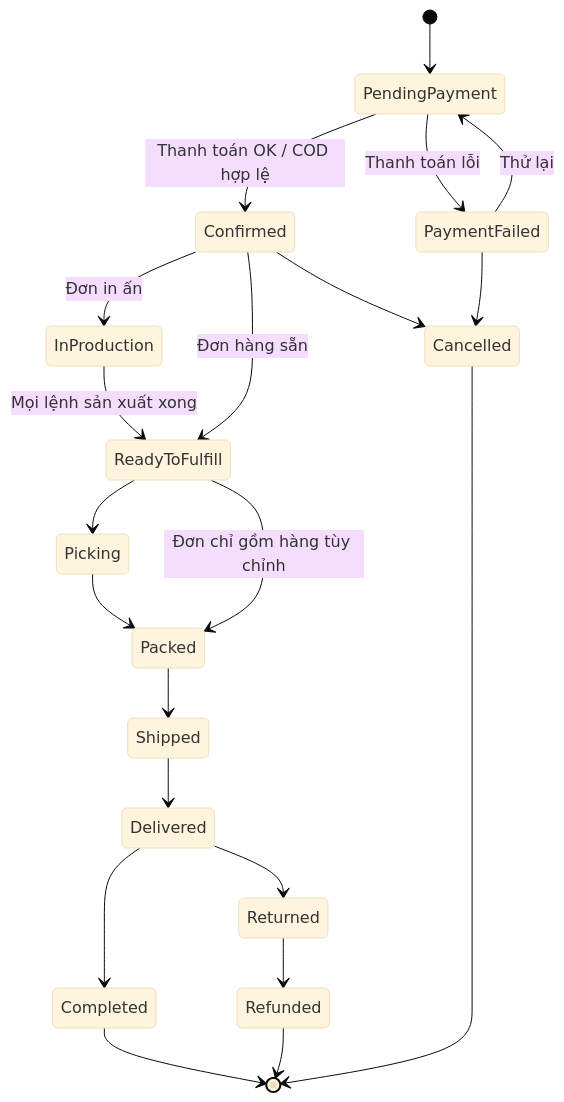
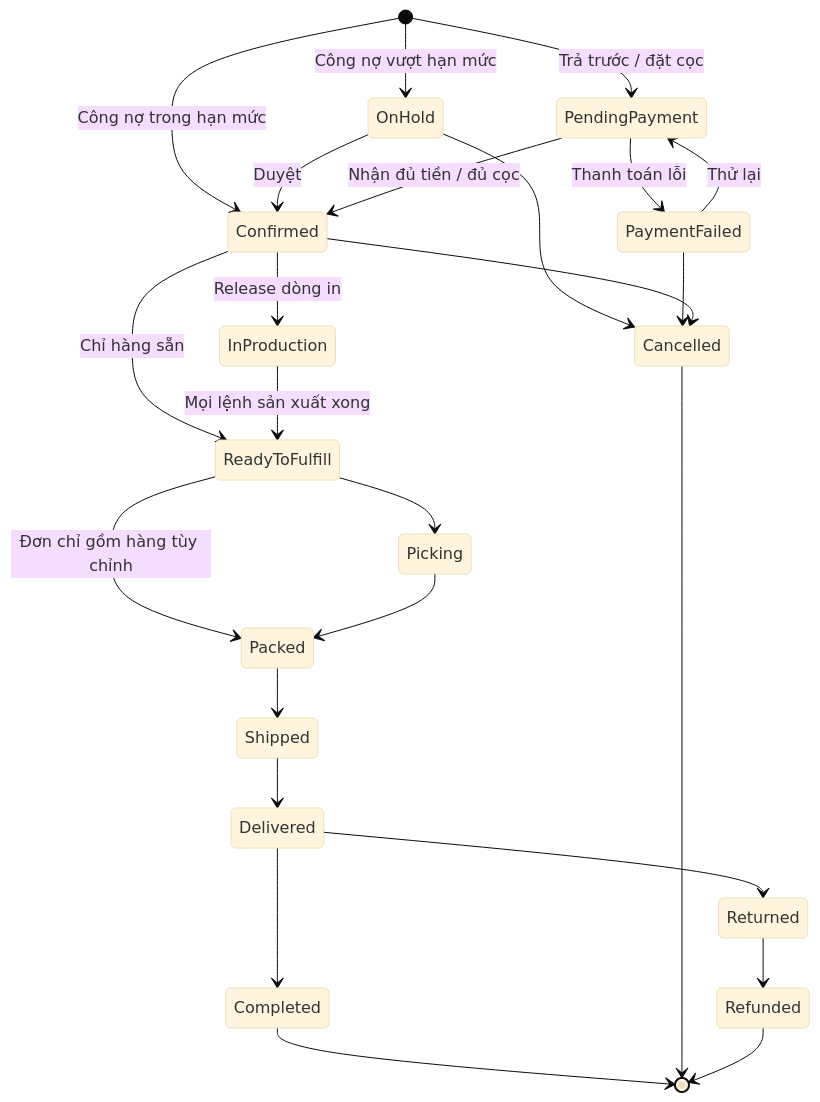
One commit to KLTN-FA26/docs changed the second of 2 diagrams in docs/ecommerce/14-cart-and-order/README.md. Above: the diagram before and after it, drawn with Mermaid (base theme). The commit also changed other lines of this file and 21 other files, not shown here.

````diff
--- a/docs/ecommerce/14-cart-and-order/README.md
+++ b/docs/ecommerce/14-cart-and-order/README.md
@@ -103,23 +134,27 @@
 ```mermaid
 stateDiagram-v2
-    [*] --> PendingPayment
-    PendingPayment --> Confirmed: Thanh toán OK / COD hợp lệ
+    [*] --> PendingPayment: Trả trước / đặt cọc
+    [*] --> Confirmed: Công nợ trong hạn mức
+    [*] --> OnHold: Công nợ vượt hạn mức
+    OnHold --> Confirmed: Duyệt
+    OnHold --> Cancelled
+    PendingPayment --> Confirmed: Nhận đủ tiền / đủ cọc
     PendingPayment --> PaymentFailed: Thanh toán lỗi
     PaymentFailed --> PendingPayment: Thử lại
     PaymentFailed --> Cancelled
-    Confirmed --> InProduction: Đơn in ấn
-    Confirmed --> ReadyToFulfill: Đơn hàng sẵn
+    Confirmed --> InProduction: Release dòng in
+    Confirmed --> ReadyToFulfill: Chỉ hàng sẵn
     InProduction --> ReadyToFulfill: Mọi lệnh sản xuất xong
     ReadyToFulfill --> Picking
     ReadyToFulfill --> Packed: Đơn chỉ gồm hàng tùy chỉnh
     Picking --> Packed
     Packed --> Shipped
     Shipped --> Delivered
     Delivered --> Completed
     Confirmed --> Cancelled
     Delivered --> Returned
     Returned --> Refunded
     Completed --> [*]
     Cancelled --> [*]
     Refunded --> [*]
 ```
````
